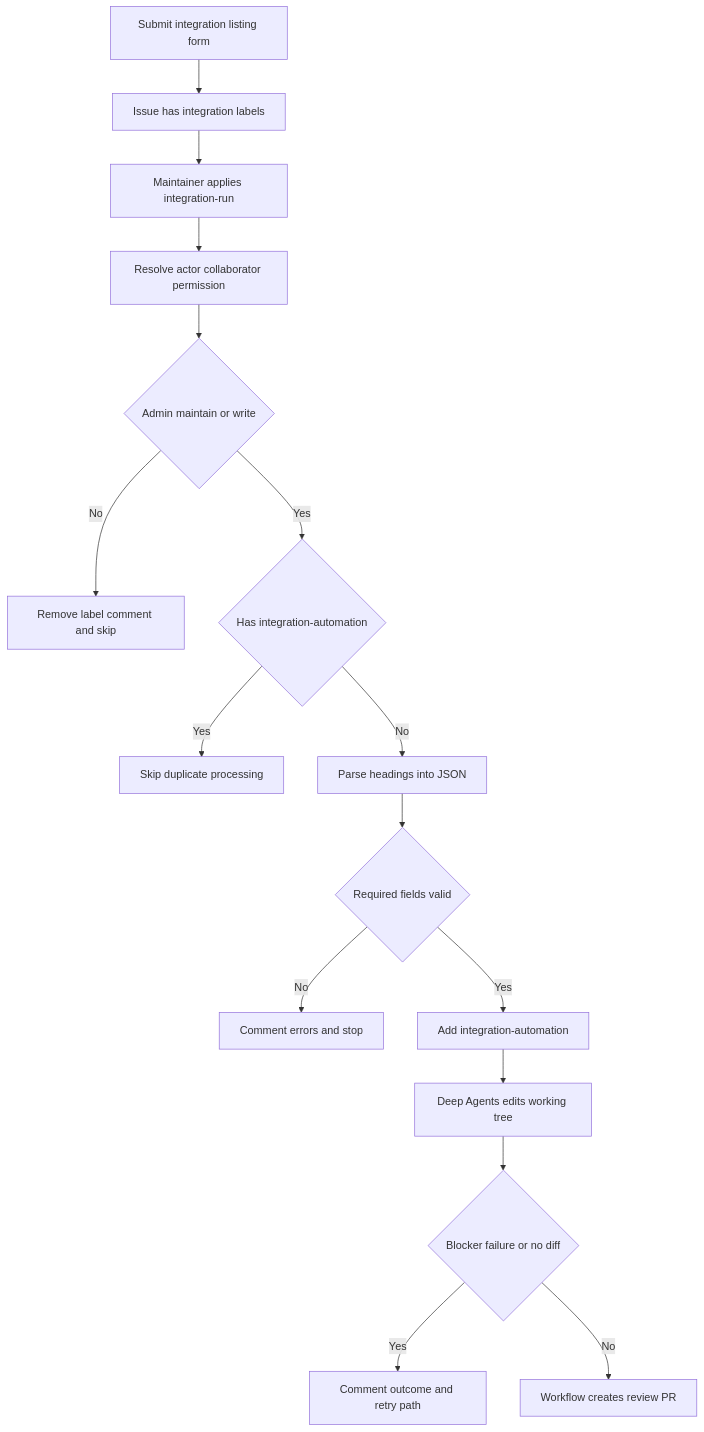
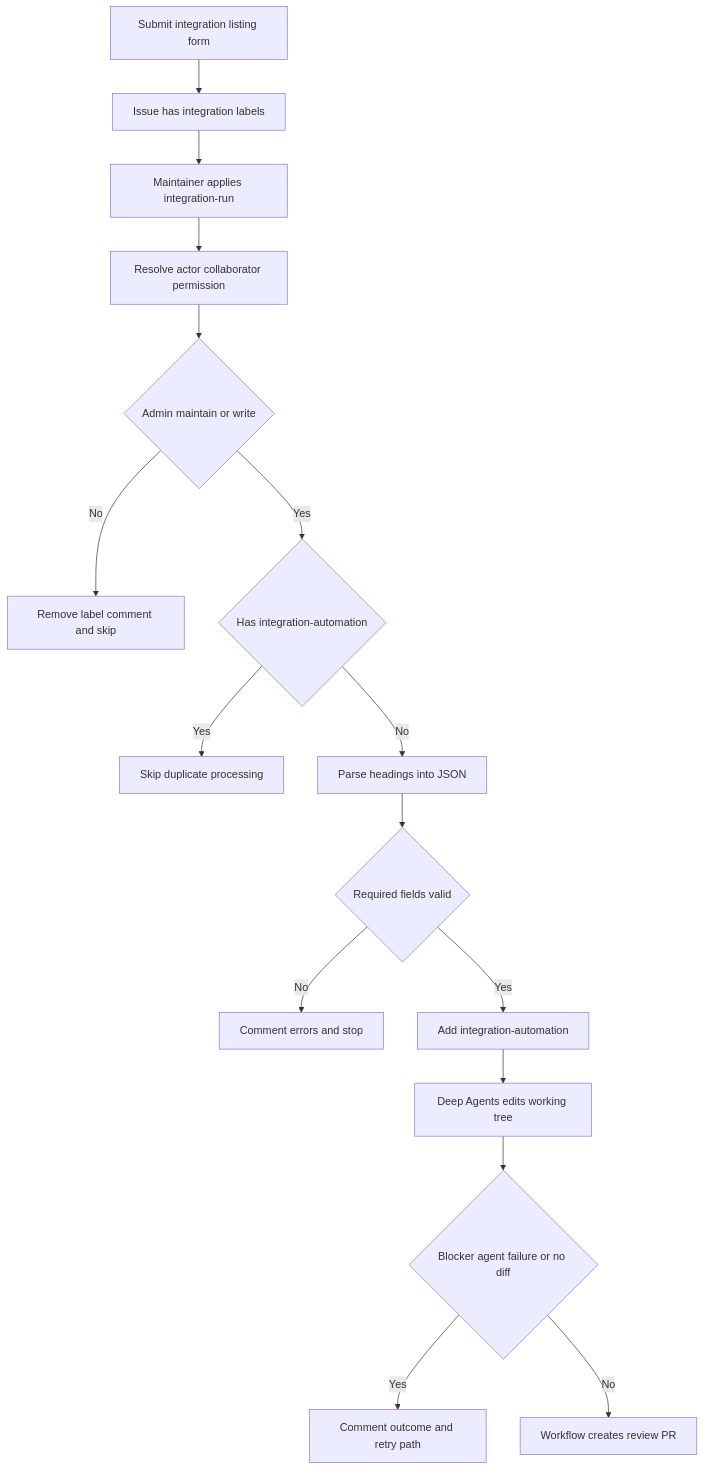
One commit to langchain-ai/docs changed the first of 2 diagrams in openwiki/workflows/integration-listing-automation.md. Above: the diagram before and after it, drawn with Mermaid. The commit also changed other lines of this file and 21 other files, not shown here.

````diff
--- a/openwiki/workflows/integration-listing-automation.md
+++ b/openwiki/workflows/integration-listing-automation.md
@@ -53,18 +60,18 @@
 ```mermaid
 flowchart TD
     Submitter["Submit integration listing form"] --> Issue["Issue has integration labels"]
     Issue --> Gate["Maintainer applies integration-run"]
     Gate --> Permission["Resolve actor collaborator permission"]
     Permission --> Allowed{"Admin maintain or write"}
     Allowed -- No --> Reject["Remove label comment and skip"]
     Allowed -- Yes --> Duplicate{"Has integration-automation"}
     Duplicate -- Yes --> Skip["Skip duplicate processing"]
     Duplicate -- No --> Parser["Parse headings into JSON"]
     Parser --> Valid{"Required fields valid"}
     Valid -- No --> ParseError["Comment errors and stop"]
     Valid -- Yes --> Mark["Add integration-automation"]
     Mark --> Agent["Deep Agents edits working tree"]
-    Agent --> Outcome{"Blocker failure or no diff"}
+    Agent --> Outcome{"Blocker agent failure or no diff"}
     Outcome -- Yes --> Report["Comment outcome and retry path"]
     Outcome -- No --> PullRequest["Workflow creates review PR"]
 ```
````
